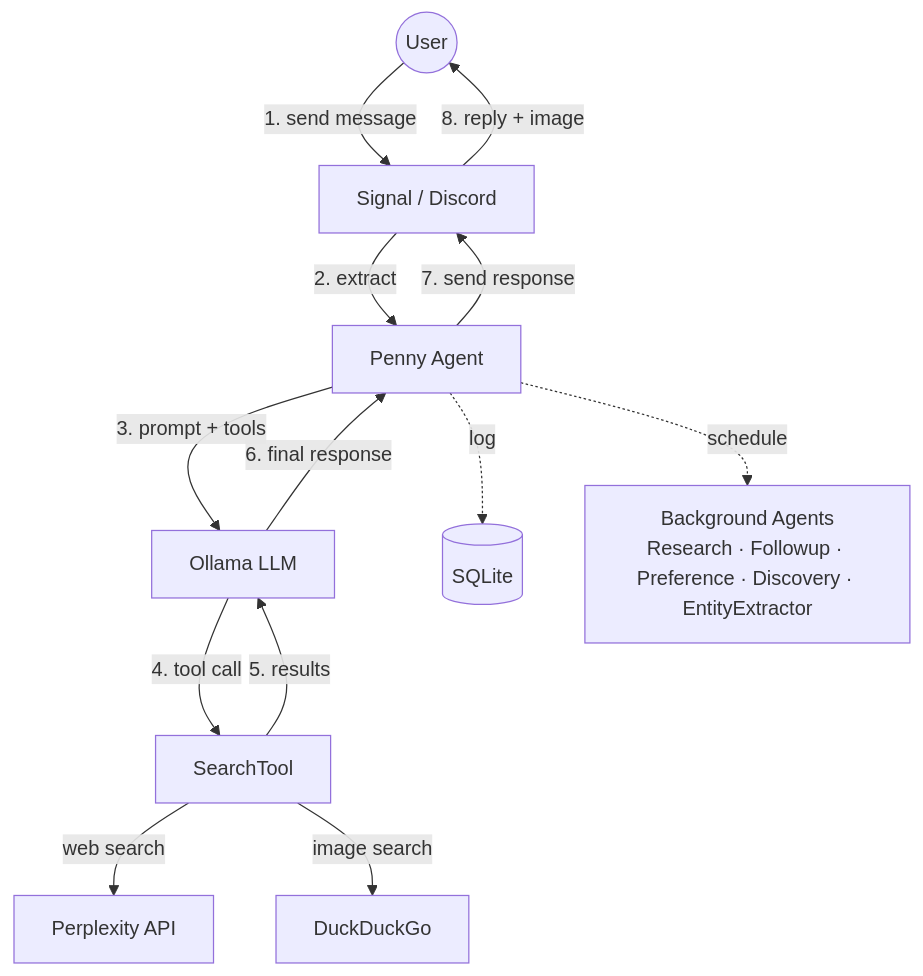
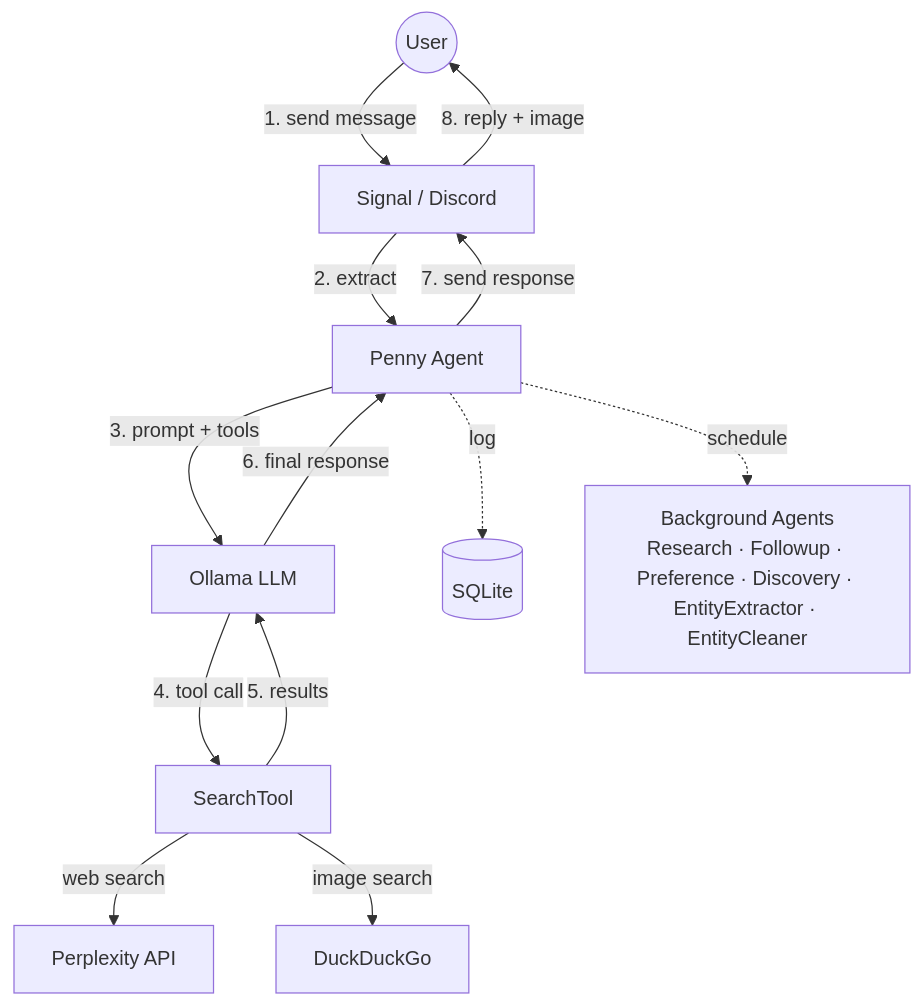
Before and after one commit to jaredlockhart/penny: the diagram in penny/CLAUDE.md, drawn with Mermaid. The commit also changed other lines of this file and 7 other files, not shown here.

First line of the commit message:
feat: add EntityCleaner agent and improve extraction prompts

````diff
--- a/penny/CLAUDE.md
+++ b/penny/CLAUDE.md
@@ -5,16 +5,16 @@
 ```mermaid
 flowchart TD
     User((User)) -->|"1. send message"| Channel[Signal / Discord]
     Channel -->|"2. extract"| Penny[Penny Agent]
     Penny -->|"3. prompt + tools"| Ollama[Ollama LLM]
     Ollama -->|"4. tool call"| Search[SearchTool]
     Search -->|"web search"| Perplexity[Perplexity API]
     Search -->|"image search"| DDG[DuckDuckGo]
     Search -->|"5. results"| Ollama
     Ollama -->|"6. final response"| Penny
     Penny -->|"7. send response"| Channel
     Channel -->|"8. reply + image"| User
 
     Penny -.->|"log"| DB[(SQLite)]
-    Penny -.->|"schedule"| BG["Background Agents\nResearch · Followup · Preference · Discovery · EntityExtractor"]
+    Penny -.->|"schedule"| BG["Background Agents\nResearch · Followup · Preference · Discovery · EntityExtractor · EntityCleaner"]
 ```
````
